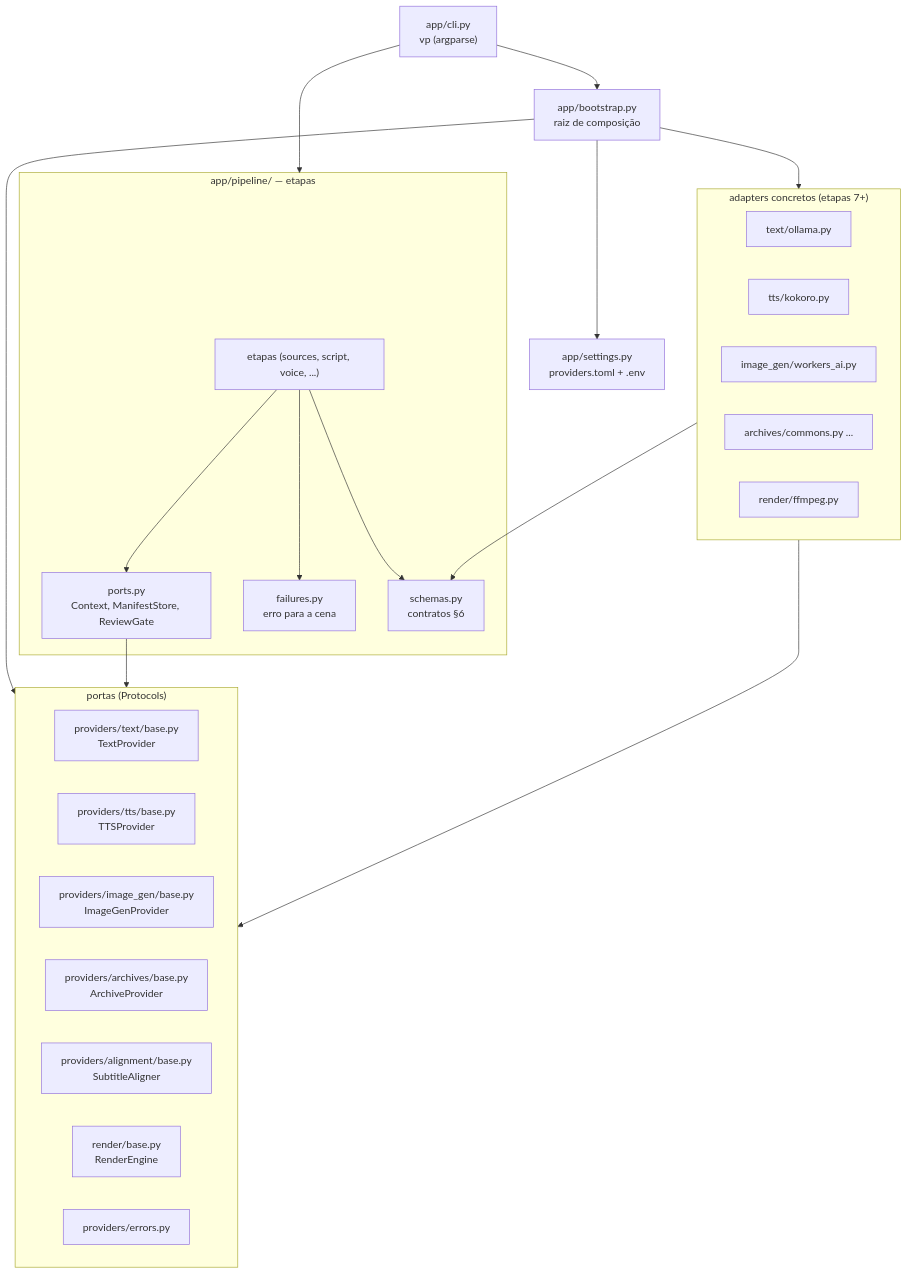
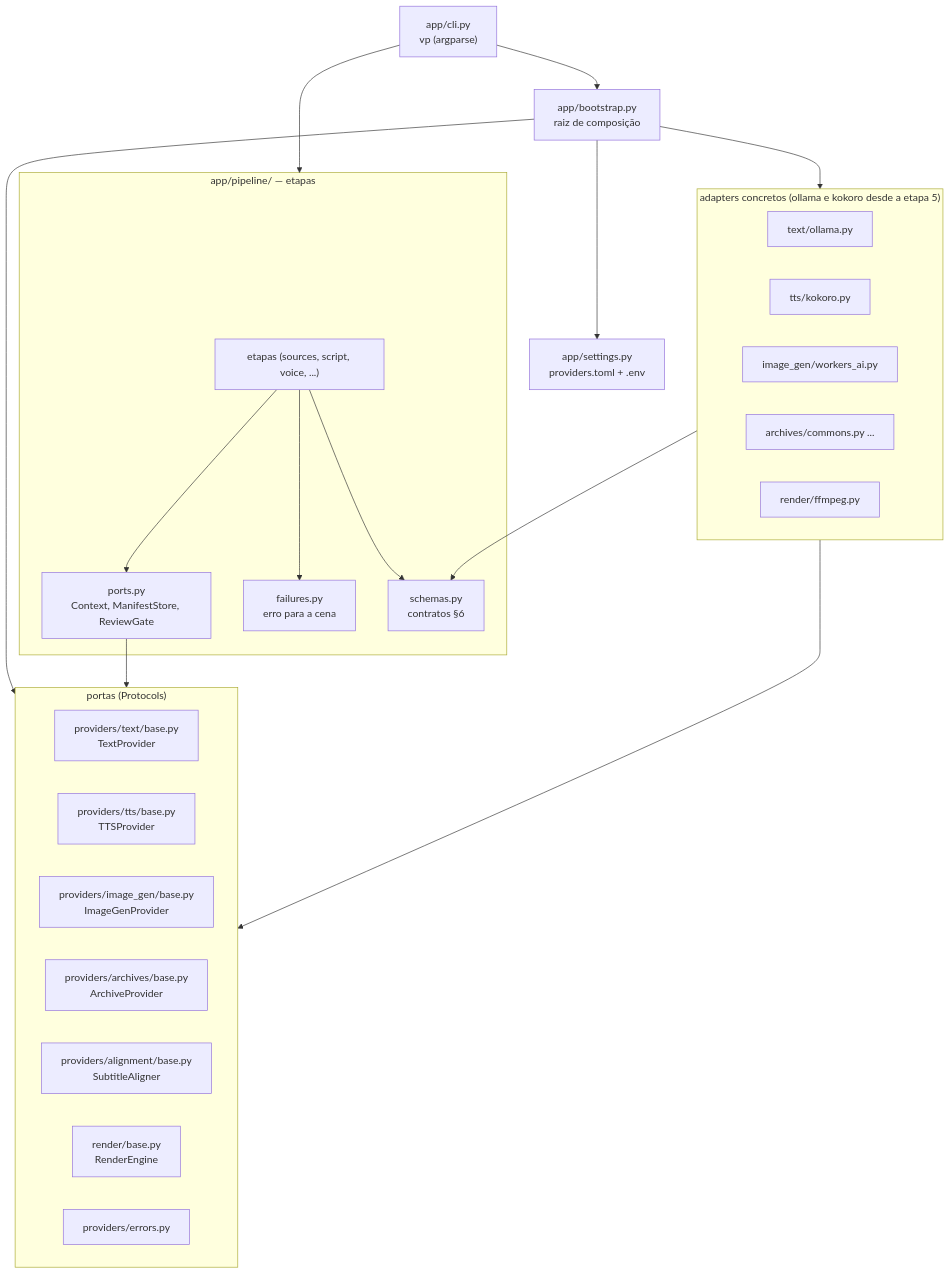
Before and after one commit to ViniciusKoiti/video-pipeline: the diagram in docs/arquitetura.md, drawn with Mermaid. The commit also changed 25 other files, not shown here.

First line of the commit message:
Etapa 5: vp bench pelas portas, adapters Ollama e Kokoro

````diff
--- a/docs/arquitetura.md
+++ b/docs/arquitetura.md
@@ -6,36 +6,36 @@
 ```mermaid
 flowchart TD
     CLI["app/cli.py<br/>vp (argparse)"] --> BOOT["app/bootstrap.py<br/>raiz de composição"]
     CLI --> PIPE
     BOOT --> SET["app/settings.py<br/>providers.toml + .env"]
     BOOT --> ADAPT
     BOOT --> PORTS
 
     subgraph PIPE["app/pipeline/ — etapas"]
         STEPS["etapas (sources, script, voice, ...)"] --> PPORTS["ports.py<br/>Context, ManifestStore, ReviewGate"]
         STEPS --> FAIL["failures.py<br/>erro para a cena"]
         STEPS --> SCH["schemas.py<br/>contratos §6"]
     end
 
     subgraph PORTS["portas (Protocols)"]
         TB["providers/text/base.py<br/>TextProvider"]
         SB["providers/tts/base.py<br/>TTSProvider"]
         IB["providers/image_gen/base.py<br/>ImageGenProvider"]
         AB["providers/archives/base.py<br/>ArchiveProvider"]
         LB["providers/alignment/base.py<br/>SubtitleAligner"]
         RB["render/base.py<br/>RenderEngine"]
         ERR["providers/errors.py"]
     end
 
-    subgraph ADAPT["adapters concretos (etapas 7+)"]
+    subgraph ADAPT["adapters concretos (ollama e kokoro desde a etapa 5)"]
         OLL["text/ollama.py"]
         KOK["tts/kokoro.py"]
         WAI["image_gen/workers_ai.py"]
         COM["archives/commons.py ..."]
         FFM["render/ffmpeg.py"]
     end
 
     PPORTS --> PORTS
     ADAPT --> PORTS
     ADAPT --> SCH
 ```
````
